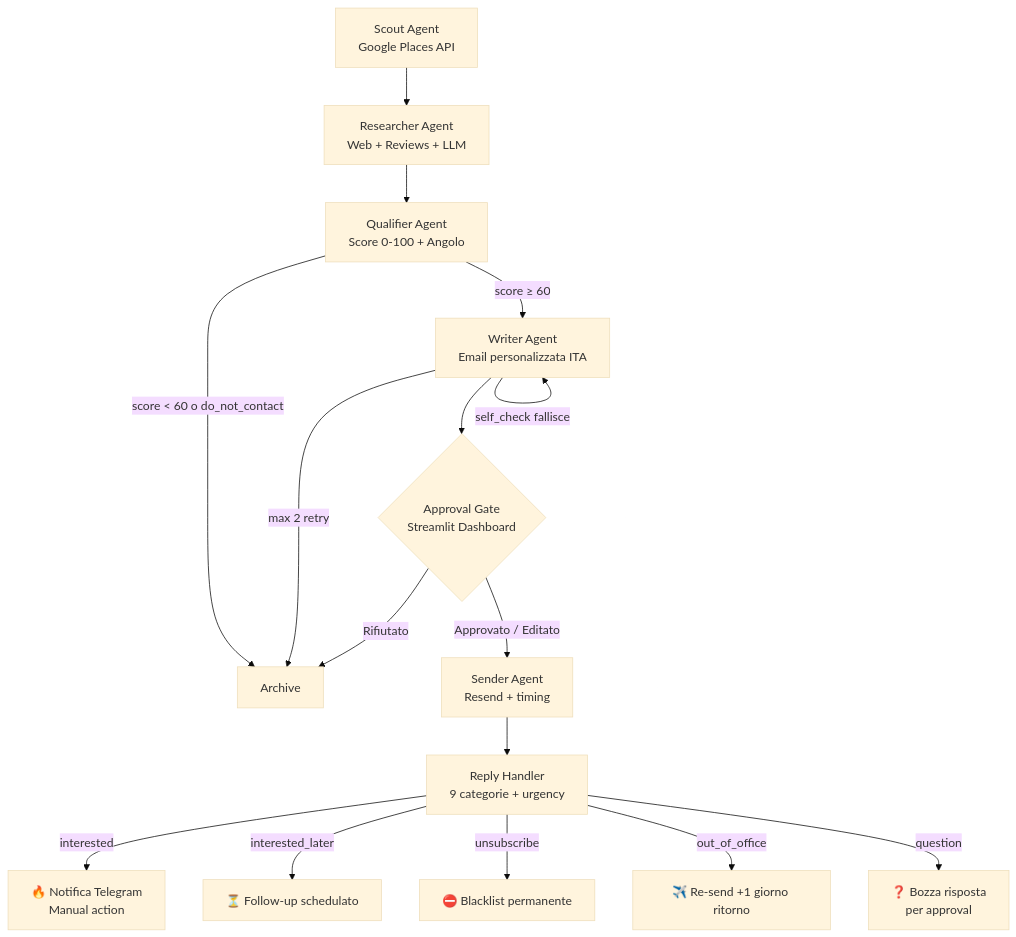
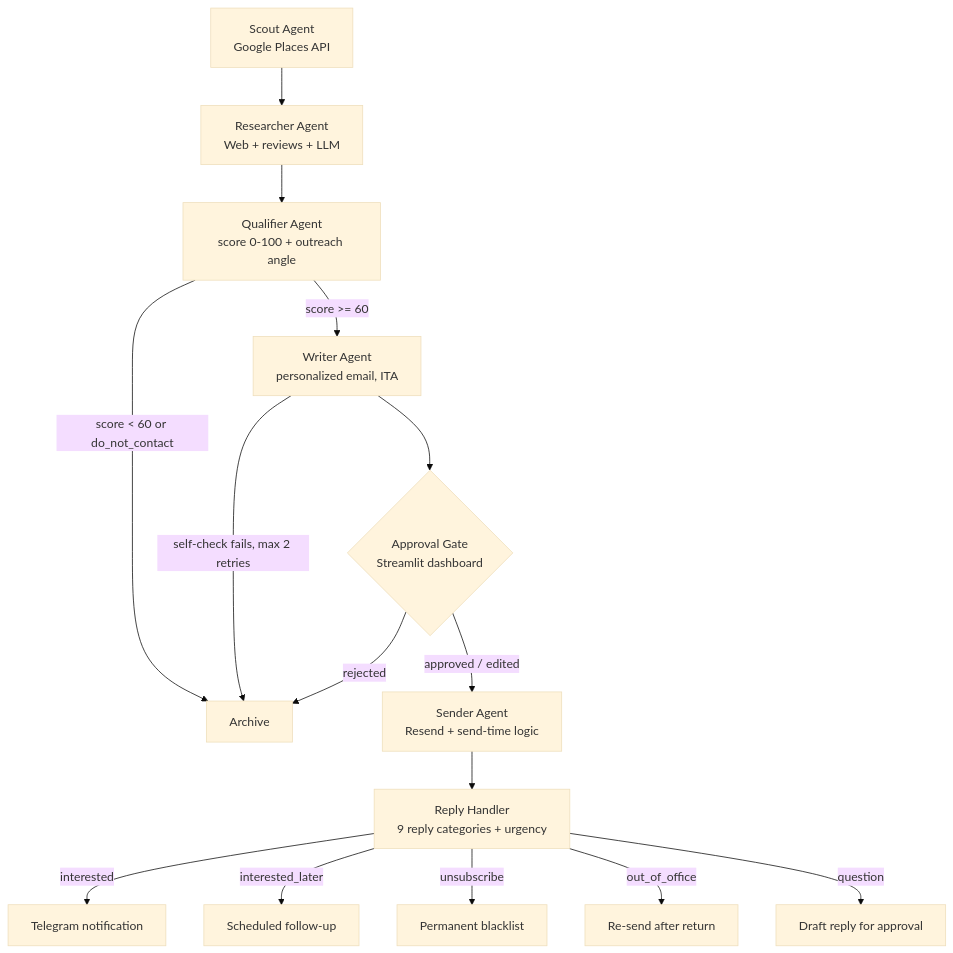
One commit to hajebzehir03-ai/ai-outreach-agent changed the diagram in README.md. Above: the diagram before and after it, drawn with Mermaid (base theme). The commit also changed other lines of this file, not shown here.

````diff
--- a/README.md
+++ b/README.md
@@ -11,18 +14,17 @@
 ```mermaid
 graph TD
-    A[Scout Agent\nGoogle Places API] --> B[Researcher Agent\nWeb + Reviews + LLM]
-    B --> C[Qualifier Agent\nScore 0-100 + Angolo]
-    C -->|score < 60 o do_not_contact| D[Archive]
-    C -->|score ≥ 60| E[Writer Agent\nEmail personalizzata ITA]
-    E -->|self_check fallisce| E
-    E -->|max 2 retry| D
-    E --> F{Approval Gate\nStreamlit Dashboard}
-    F -->|Approvato / Editato| G[Sender Agent\nResend + timing]
-    F -->|Rifiutato| D
-    G --> H[Reply Handler\n9 categorie + urgency]
-    H -->|interested| I[🔥 Notifica Telegram\nManual action]
-    H -->|interested_later| J[⏳ Follow-up schedulato]
-    H -->|unsubscribe| K[⛔ Blacklist permanente]
-    H -->|out_of_office| L[✈️ Re-send +1 giorno ritorno]
-    H -->|question| M[❓ Bozza risposta\nper approval]
+    A[Scout Agent<br/>Google Places API] --> B[Researcher Agent<br/>Web + reviews + LLM]
+    B --> C[Qualifier Agent<br/>score 0-100 + outreach angle]
+    C -->|score < 60 or do_not_contact| D[Archive]
+    C -->|score >= 60| E[Writer Agent<br/>personalized email, ITA]
+    E -->|self-check fails, max 2 retries| D
+    E --> F{Approval Gate<br/>Streamlit dashboard}
+    F -->|approved / edited| G[Sender Agent<br/>Resend + send-time logic]
+    F -->|rejected| D
+    G --> H[Reply Handler<br/>9 reply categories + urgency]
+    H -->|interested| I[Telegram notification]
+    H -->|interested_later| J[Scheduled follow-up]
+    H -->|unsubscribe| K[Permanent blacklist]
+    H -->|out_of_office| L[Re-send after return]
+    H -->|question| M[Draft reply for approval]
 ```
````
